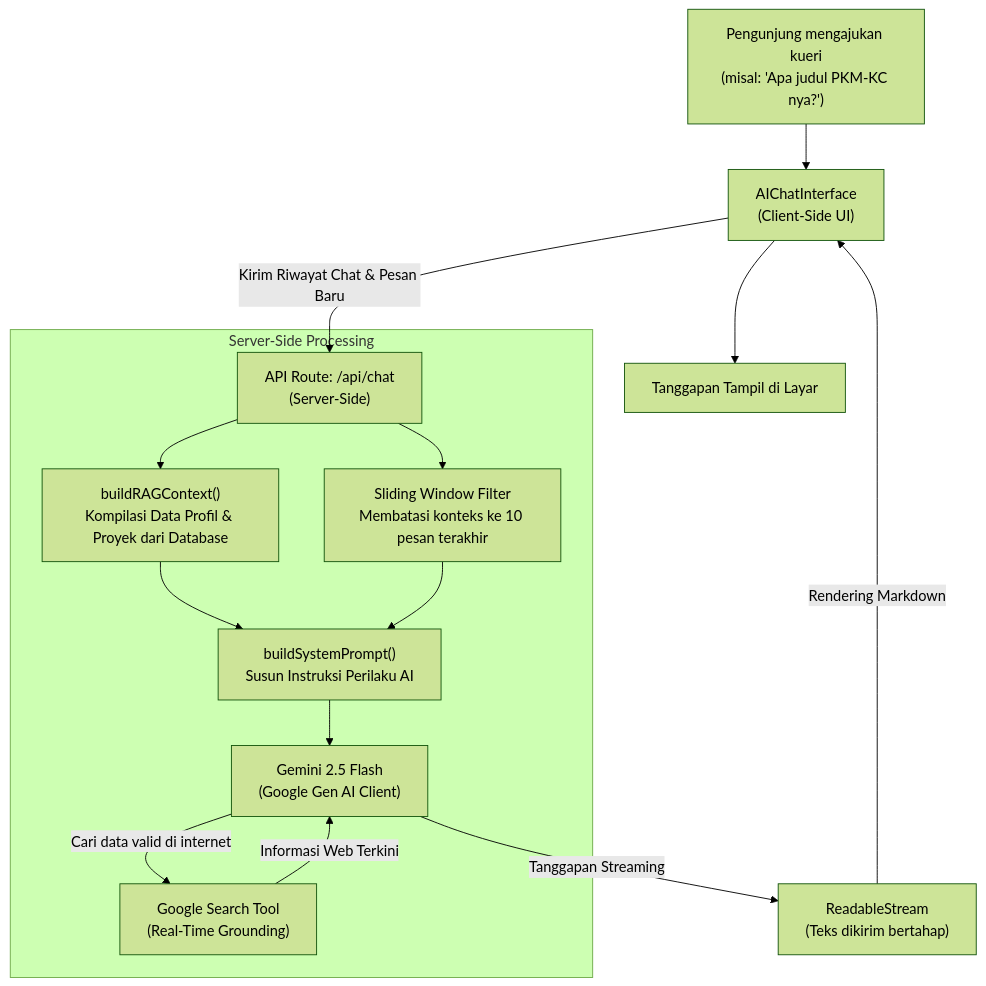
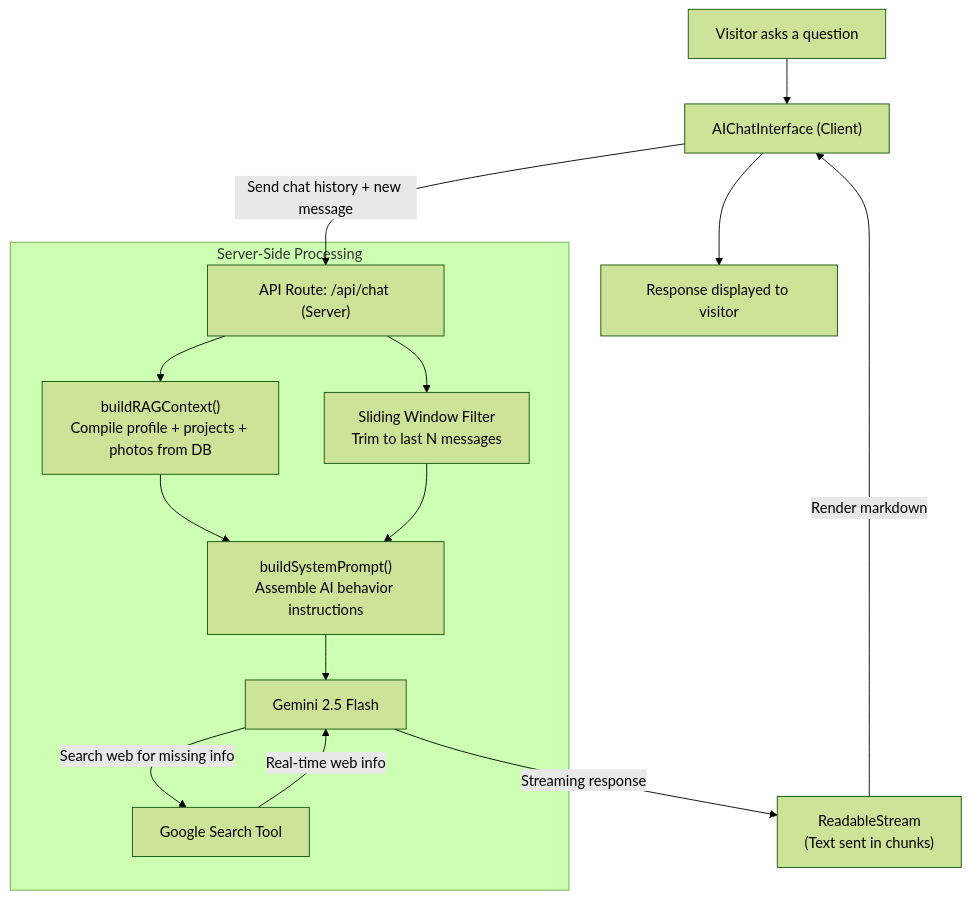
One commit to alfitranurr/portfolio-v3 changed the diagram in README.md. Above: the diagram before and after it, drawn with Mermaid (forest theme). The commit also changed other lines of this file, not shown here.

Commit message:
docs: rewrite README with accurate architecture, features, and setup instructions

````diff
--- a/README.md
+++ b/README.md
@@ -62,18 +153,18 @@
 ```mermaid
 flowchart TD
-    A["Pengunjung mengajukan kueri\n(misal: 'Apa judul PKM-KC nya?')" ] --> B["AIChatInterface\n(Client-Side UI)"]
-    B -->|Kirim Riwayat Chat & Pesan Baru| C["API Route: /api/chat\n(Server-Side)"]
-    
+    A["Visitor asks a question"] --> B["AIChatInterface (Client)"]
+    B -->|Send chat history + new message| C["API Route: /api/chat (Server)"]
+
     subgraph Server-Side Processing
-        C --> D["buildRAGContext()\nKompilasi Data Profil & Proyek dari Database"]
-        C --> E["Sliding Window Filter\nMembatasi konteks ke 10 pesan terakhir"]
-        D & E --> F["buildSystemPrompt()\nSusun Instruksi Perilaku AI"]
-        F --> G["Gemini 2.5 Flash\n(Google Gen AI Client)"]
-        G -->|Cari data valid di internet| H["Google Search Tool\n(Real-Time Grounding)"]
-        H -->|Informasi Web Terkini| G
+        C --> D["buildRAGContext()\nCompile profile + projects + photos from DB"]
+        C --> E["Sliding Window Filter\nTrim to last N messages"]
+        D & E --> F["buildSystemPrompt()\nAssemble AI behavior instructions"]
+        F --> G["Gemini 2.5 Flash"]
+        G -->|Search web for missing info| H["Google Search Tool"]
+        H -->|Real-time web info| G
     end
 
-    G -->|Tanggapan Streaming| I["ReadableStream\n(Teks dikirim bertahap)"]
-    I -->|Rendering Markdown| B
-    B --> J["Tanggapan Tampil di Layar"]
+    G -->|Streaming response| I["ReadableStream\n(Text sent in chunks)"]
+    I -->|Render markdown| B
+    B --> J["Response displayed to visitor"]
 ```
````
